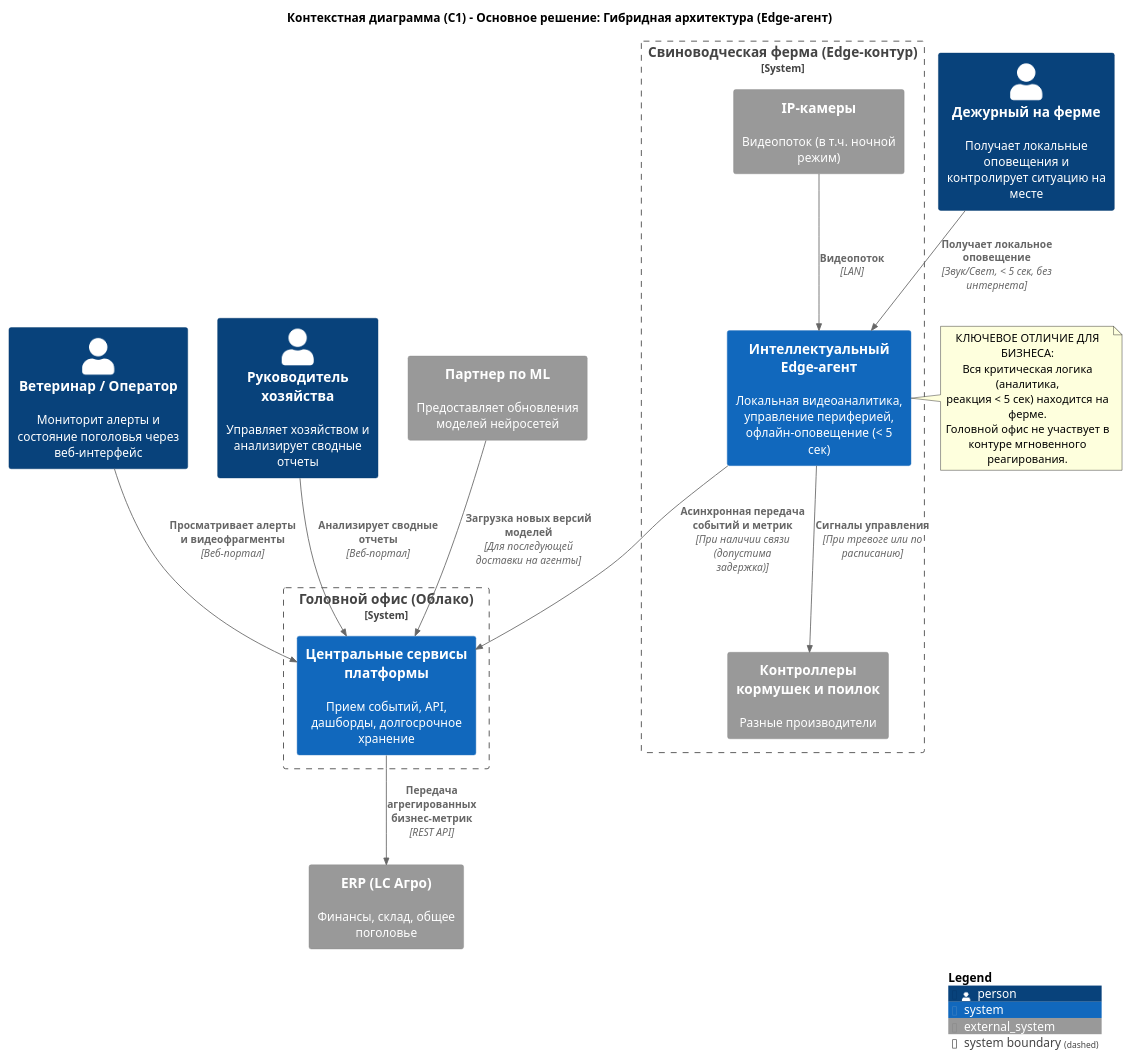
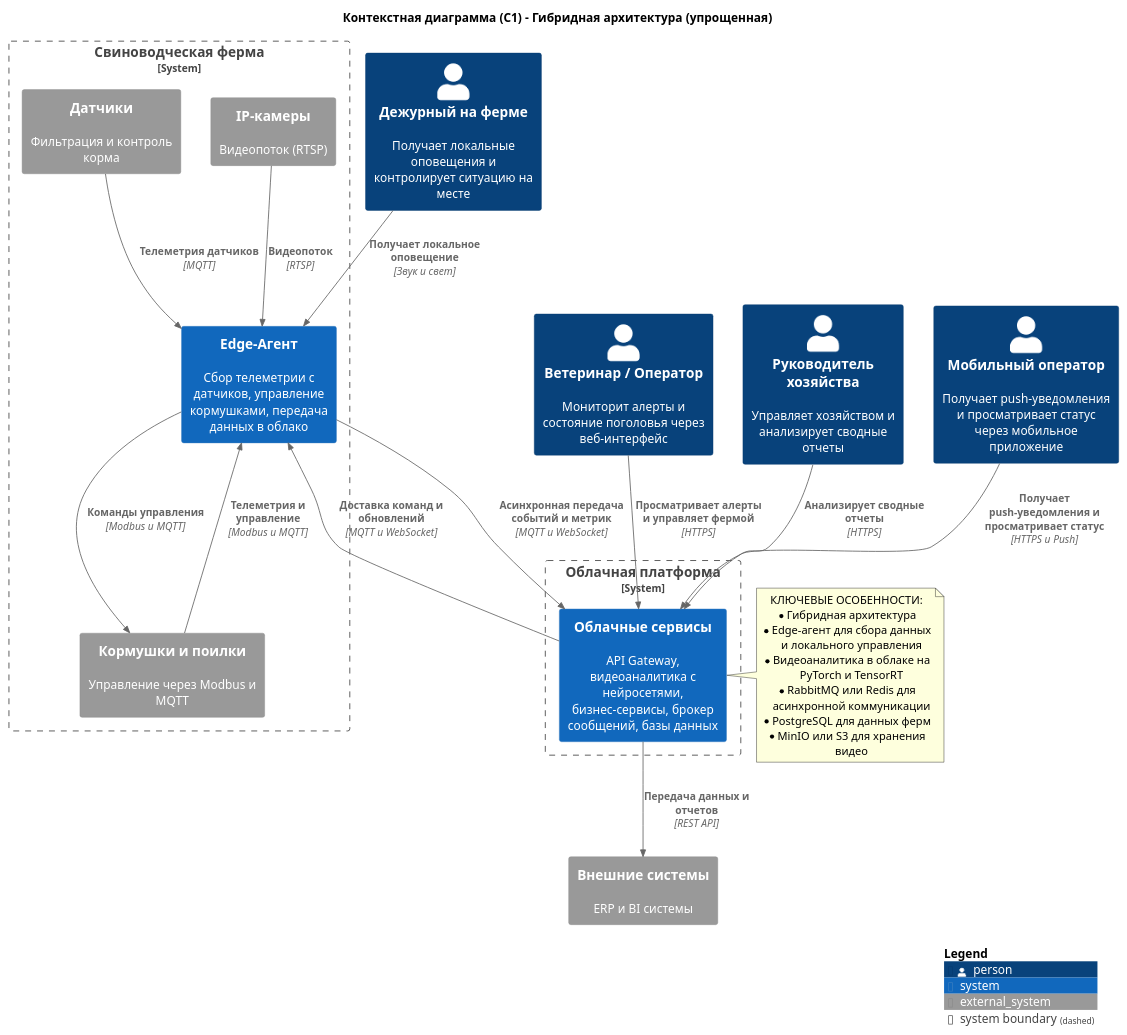
One commit to neptunykt/yandex_project_1 changed the diagram in Task1/diagrams/c1-context-main.puml. Above: the diagram before and after it, drawn with PlantUML. The commit also changed 2 other files, not shown here.

```diff
--- a/Task1/diagrams/c1-context-main.puml
+++ b/Task1/diagrams/c1-context-main.puml
@@ -1,44 +1,58 @@
-@startuml main Farm
+@startuml c1_farm_hybrid_simple
 !include C4_Context.puml
 
-title Контекстная диаграмма (C1) - Основное решение: Гибридная архитектура (Edge-агент)
+title Контекстная диаграмма (C1) - Гибридная архитектура (упрощенная)
 
+' --- Пользователи ---
 Person(worker, "Дежурный на ферме", "Получает локальные оповещения и контролирует ситуацию на месте")
 Person(vet, "Ветеринар / Оператор", "Мониторит алерты и состояние поголовья через веб-интерфейс")
 Person(manager, "Руководитель хозяйства", "Управляет хозяйством и анализирует сводные отчеты")
+Person(mobile_worker, "Мобильный оператор", "Получает push-уведомления и просматривает статус через мобильное приложение")
 
-System_Boundary(farm, "Свиноводческая ферма (Edge-контур)") {
-    System(edge_agent, "Интеллектуальный Edge-агент", "Локальная видеоаналитика, управление периферией, офлайн-оповещение (< 5 сек)")
-    System_Ext(cameras, "IP-камеры", "Видеопоток (в т.ч. ночной режим)")
-    System_Ext(feeders, "Контроллеры кормушек и поилок", "Разные производители")
+' --- Системы ---
+System_Boundary(farm, "Свиноводческая ферма") {
+    System(edge_agent, "Edge-Агент", "Сбор телеметрии с датчиков, управление кормушками, передача данных в облако")
+    System_Ext(cameras, "IP-камеры", "Видеопоток (RTSP)")
+    System_Ext(feeders, "Кормушки и поилки", "Управление через Modbus и MQTT")
+    System_Ext(sensors, "Датчики", "Фильтрация и контроль корма")
 }
 
-System_Boundary(hq, "Головной офис (Облако)") {
-    System(cloud_service, "Центральные сервисы платформы", "Прием событий, API, дашборды, долгосрочное хранение")
+System_Boundary(hq, "Облачная платформа") {
+    System(cloud_service, "Облачные сервисы", "API Gateway, видеоаналитика с нейросетями, бизнес-сервисы, брокер сообщений, базы данных")
 }
 
-System_Ext(erp, "ERP (LC Агро)", "Финансы, склад, общее поголовье")
-System_Ext(ml_partner, "Партнер по ML", "Предоставляет обновления моделей нейросетей")
+' --- Внешние системы ---
+System_Ext(erp, "Внешние системы", "ERP и BI системы")
 
 ' --- Связи ---
-Rel(worker, edge_agent, "Получает локальное оповещение", "Звук/Свет, < 5 сек, без интернета")
-Rel(vet, cloud_service, "Просматривает алерты и видеофрагменты", "Веб-портал")
-Rel(manager, cloud_service, "Анализирует сводные отчеты", "Веб-портал")
+' Локальные связи на ферме
+Rel(worker, edge_agent, "Получает локальное оповещение", "Звук и свет")
+Rel(cameras, edge_agent, "Видеопоток", "RTSP")
+Rel(sensors, edge_agent, "Телеметрия датчиков", "MQTT")
+Rel(feeders, edge_agent, "Телеметрия и управление", "Modbus и MQTT")
+Rel(edge_agent, feeders, "Команды управления", "Modbus и MQTT")
 
-Rel(cameras, edge_agent, "Видеопоток", "LAN")
-Rel(edge_agent, feeders, "Сигналы управления", "При тревоге или по расписанию")
+' Связи с облаком
+Rel(edge_agent, cloud_service, "Асинхронная передача событий и метрик", "MQTT и WebSocket")
+Rel(cloud_service, edge_agent, "Доставка команд и обновлений", "MQTT и WebSocket")
 
-Rel(edge_agent, cloud_service, "Асинхронная передача событий и метрик", "При наличии связи (допустима задержка)")
-Rel(cloud_service, erp, "Передача агрегированных бизнес-метрик", "REST API")
-Rel(ml_partner, cloud_service, "Загрузка новых версий моделей", "Для последующей доставки на агенты")
+' Пользователи и облако
+Rel(vet, cloud_service, "Просматривает алерты и управляет фермой", "HTTPS")
+Rel(manager, cloud_service, "Анализирует сводные отчеты", "HTTPS")
+Rel(mobile_worker, cloud_service, "Получает push-уведомления и просматривает статус", "HTTPS и Push")
 
-note right of edge_agent
-  КЛЮЧЕВОЕ ОТЛИЧИЕ ДЛЯ БИЗНЕСА:
-  Вся критическая логика (аналитика, 
-  реакция < 5 сек) находится на ферме.
-  Головной офис не участвует в 
-  контуре мгновенного реагирования.
+' Внешние системы
+Rel(cloud_service, erp, "Передача данных и отчетов", "REST API")
+
+note right of cloud_service
+  КЛЮЧЕВЫЕ ОСОБЕННОСТИ:
+  * Гибридная архитектура
+  * Edge-агент для сбора данных и локального управления
+  * Видеоаналитика в облаке на PyTorch и TensorRT
+  * RabbitMQ или Redis для асинхронной коммуникации
+  * PostgreSQL для данных ферм
+  * MinIO или S3 для хранения видео
 end note
 
 SHOW_LEGEND()
 @enduml
```
